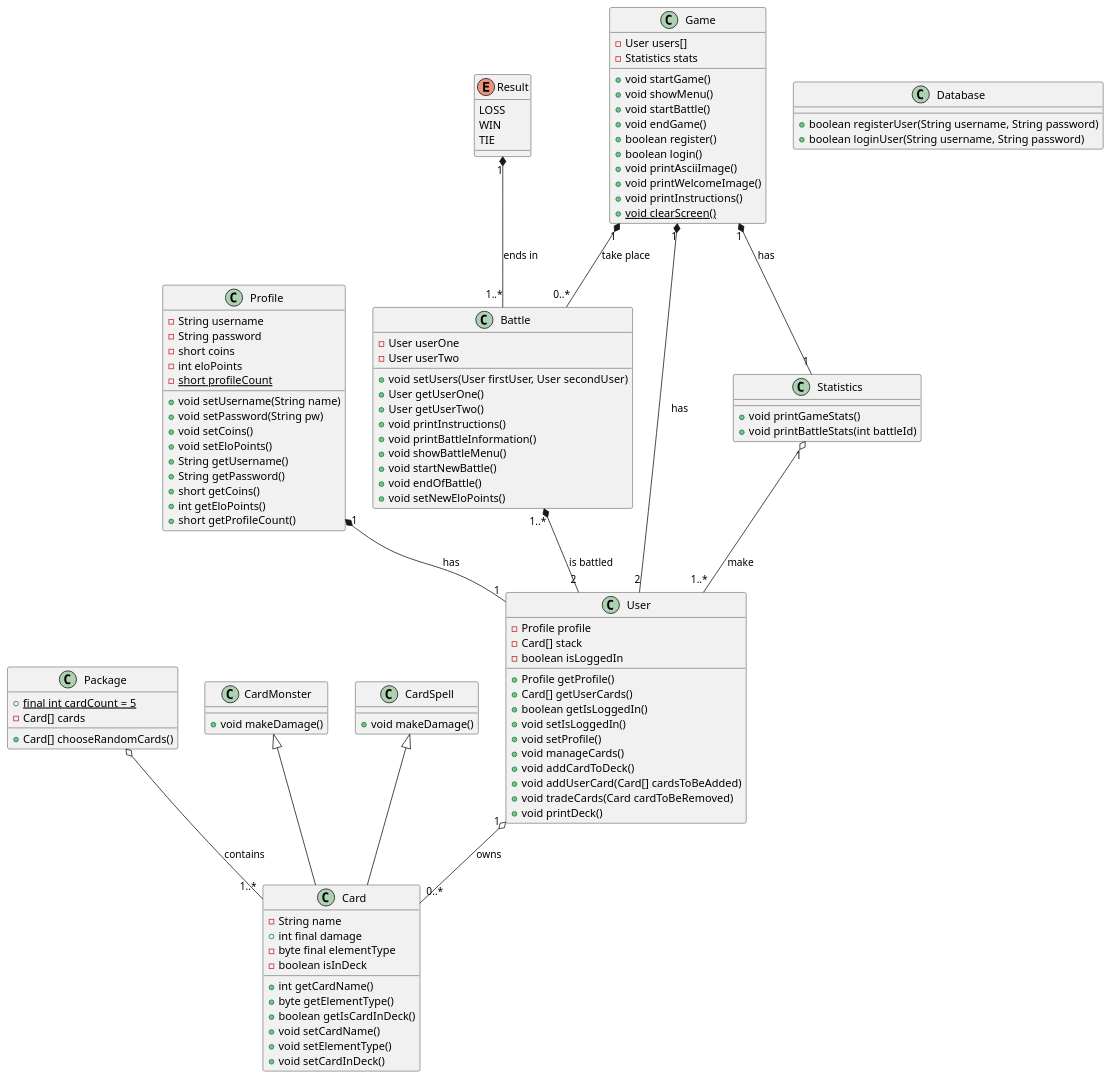
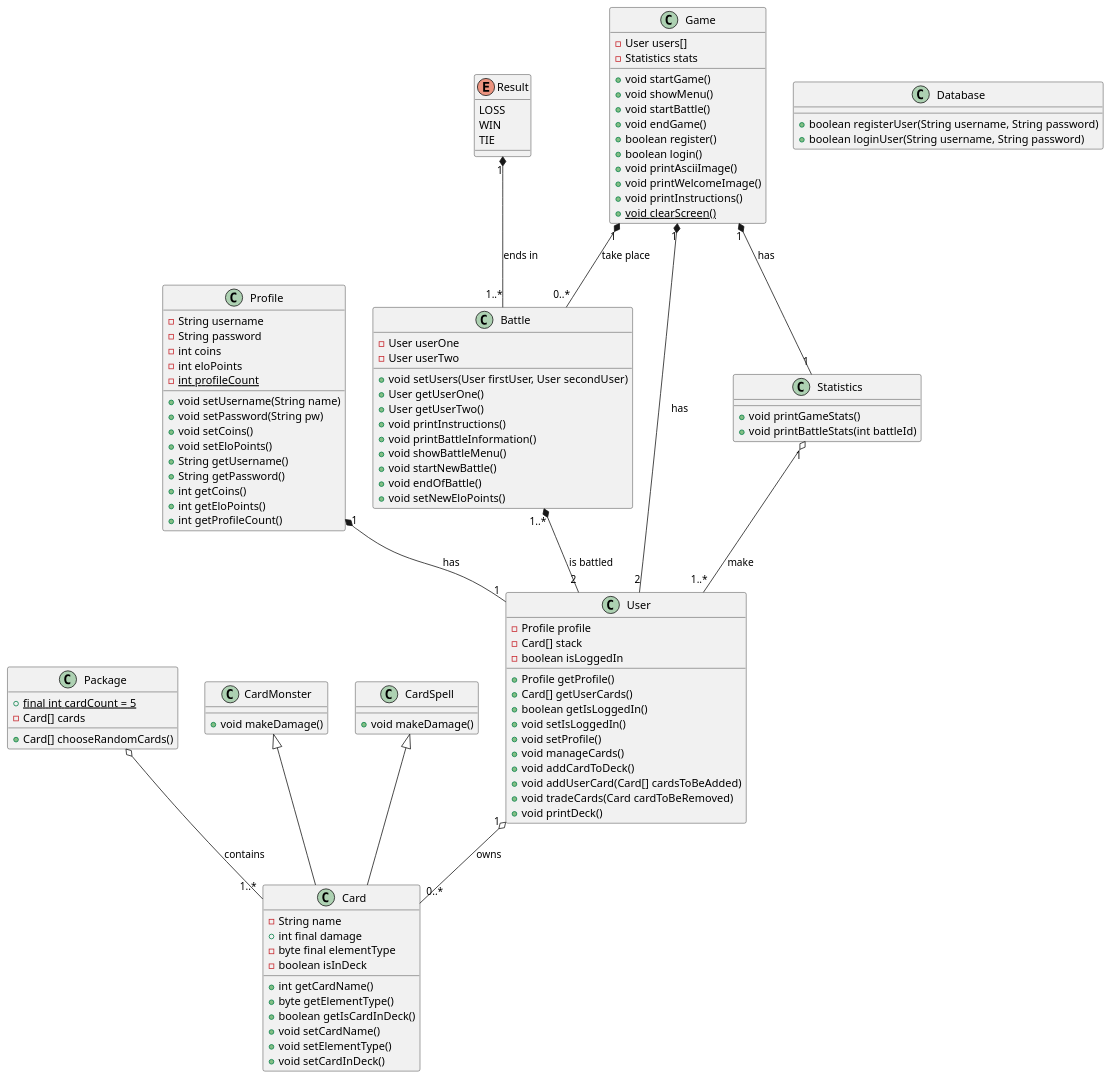
The diagram in src/main/java/projekt.puml (VladanPetkovic/SE_Semesterprojekt), drawn with PlantUML before and after one commit. The commit also changed 3 other files, not shown here.

```diff
--- a/src/main/java/projekt.puml
+++ b/src/main/java/projekt.puml
@@ -1,119 +1,119 @@
 @startuml
 class User
 {
     -Profile profile
     -Card[] stack
     -boolean isLoggedIn
     +Profile getProfile()
     +Card[] getUserCards()
     +boolean getIsLoggedIn()
     +void setIsLoggedIn()
     +void setProfile()
     +void manageCards()
     +void addCardToDeck()
     +void addUserCard(Card[] cardsToBeAdded)
     +void tradeCards(Card cardToBeRemoved)
     +void printDeck()
 }
 class Profile
 {
     -String username
     -String password
-    -short coins
+    -int coins
     -int eloPoints
-    -{static} short profileCount
+    -{static} int profileCount
     +void setUsername(String name)
     +void setPassword(String pw)
     +void setCoins()
     +void setEloPoints()
     +String getUsername()
     +String getPassword()
-    +short getCoins()
+    +int getCoins()
     +int getEloPoints()
-    +short getProfileCount()
+    +int getProfileCount()
 }
 enum Result
 {
     LOSS
     WIN
     TIE
 }
 class Package
 {
     +{static} final int cardCount = 5
     -Card[] cards
     +Card[] chooseRandomCards()
 }
 class Card
 {
     -String name
     +int final damage
     -byte final elementType
     -boolean isInDeck
     +int getCardName()
     +byte getElementType()
     +boolean getIsCardInDeck()
     +void setCardName()
     +void setElementType()
     +void setCardInDeck()
 }
 class CardMonster
 {
     +void makeDamage()
 }
 class CardSpell
 {
     +void makeDamage()
 }
 class Battle
 {
     -User userOne
     -User userTwo
     +void setUsers(User firstUser, User secondUser)
     +User getUserOne()
     +User getUserTwo()
     +void printInstructions()
     +void printBattleInformation()
     +void showBattleMenu()
     +void startNewBattle()
     +void endOfBattle()
     +void setNewEloPoints()
 }
 class Game
 {
     -User users[]
     -Statistics stats
     +void startGame()
     +void showMenu()
     +void startBattle()
     +void endGame()
     +boolean register()
     +boolean login()
     +void printAsciiImage()
     +void printWelcomeImage()
     +void printInstructions()
     +{static} void clearScreen()
 }
 class Statistics
 {
     +void printGameStats()
     +void printBattleStats(int battleId)
 }
 class Database
 {
     +boolean registerUser(String username, String password)
     +boolean loginUser(String username, String password)
 }
 
 CardMonster <|-- Card
 CardSpell <|-- Card
 User "1" o-- "0..*" Card : "owns"
 Game "1" *-- "0..*" Battle : "take place"
 Game "1" *-- "1" Statistics : "has"
 Game "1" *-- "2" User : "has"
 Package o-- "1..*" Card : "contains"
 Battle "1..*" *-- "2" User : "is battled"
 Result "1" *-- "1..*" Battle : "ends in"
 Statistics "1" o-- "1..*" User : "make"
 Profile "1" *-- "1" User : "has"
 @enduml
```
